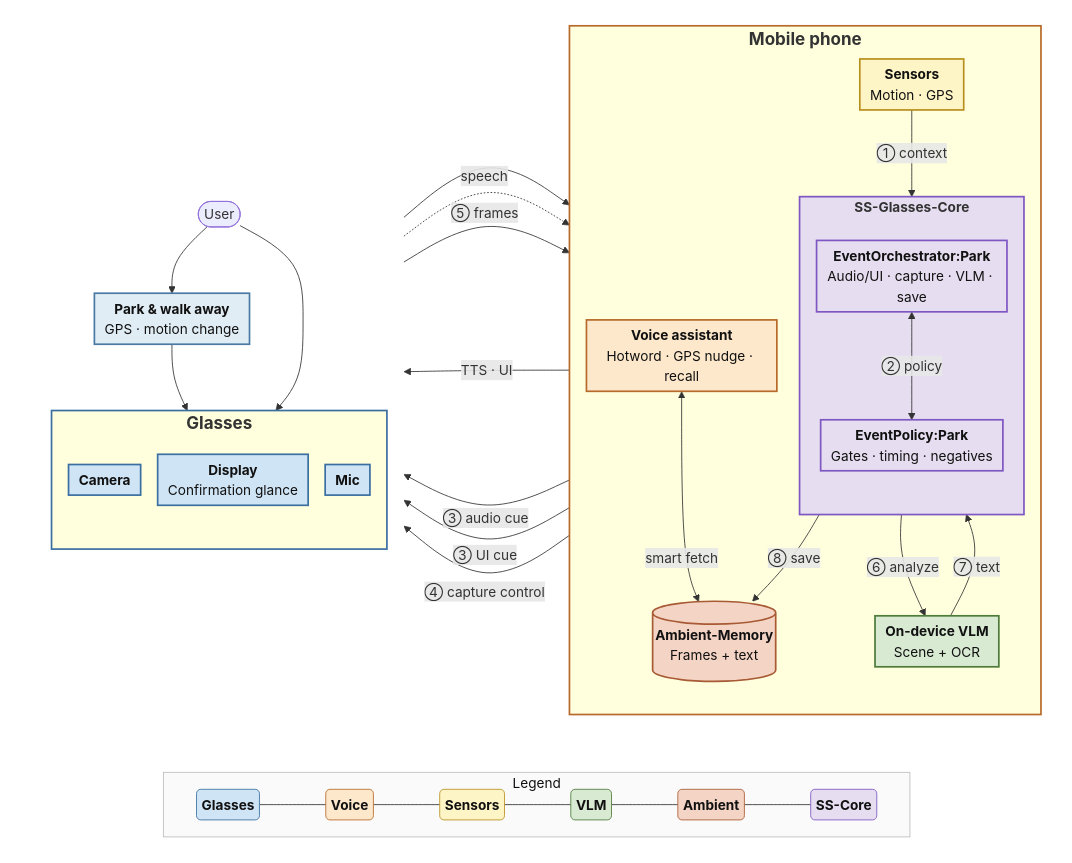
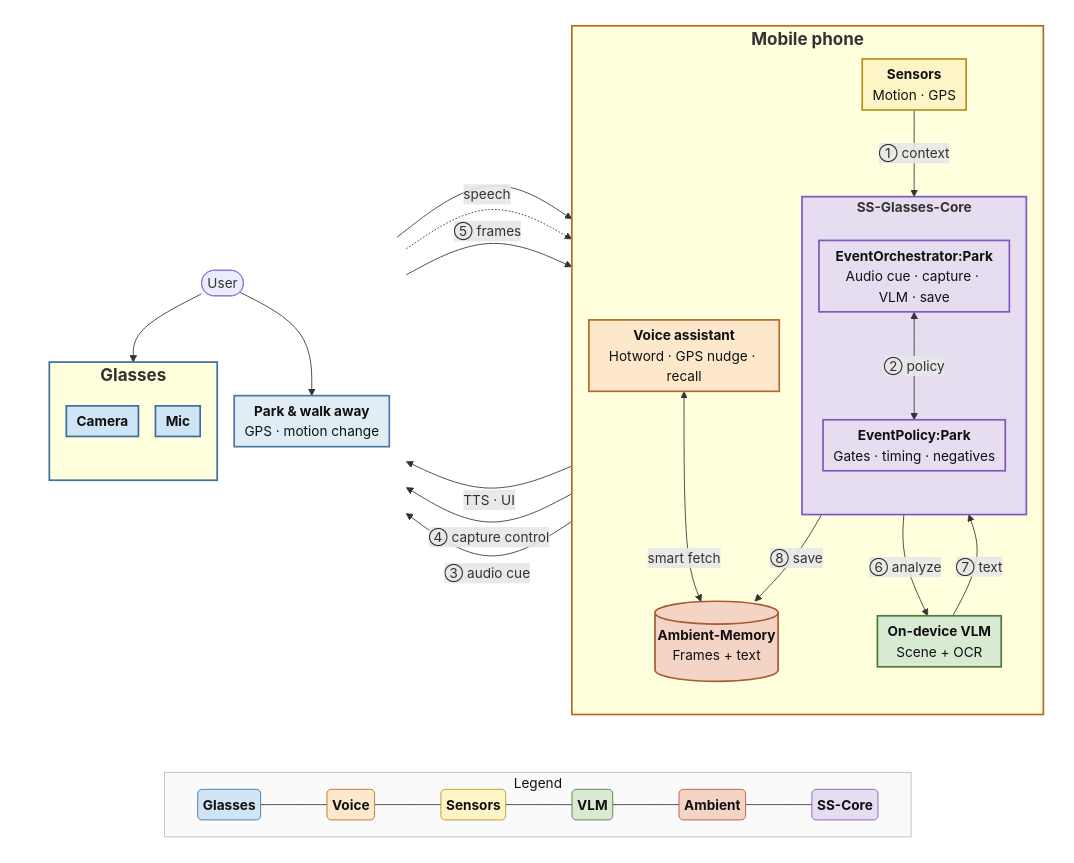
The diagram in tmp/idea2.md (penkesiva/wer-26), drawn with Mermaid before and after one commit. The commit also changed 2 other files, not shown here.

Commit message:
docs(idea2): remove display UI cue; route audio cue to Glasses
Drop Display confirmation module and separate UI cue path; orchestrator
sends a single audio cue to the Glasses block.

```diff
--- a/tmp/idea2.md
+++ b/tmp/idea2.md
@@ -16,7 +16,7 @@
             subgraph SSGC["<b><span style='font-size:16px'>SS-Glasses-Core</span></b>"]
                 direction TB
                 PolicyCP["<b>EventPolicy:Park</b><br/>Gates · timing · negatives"]
-                OrchCP["<b>EventOrchestrator:Park</b><br/>Audio/UI · capture · VLM · save"]
+                OrchCP["<b>EventOrchestrator:Park</b><br/>Audio cue · capture · VLM · save"]
             end
             VLM["<b>On-device VLM</b><br/>Scene + OCR"]
             AMEM[("<b>Ambient-Memory</b><br/>Frames + text")]
@@ -29,7 +29,6 @@
             subgraph Glasses["<b><span style='font-size:20px'>Glasses</span></b>"]
                 direction TB
                 Cam["<b>Camera</b>"]
-                Display["<b>Display</b><br/>Confirmation glance"]
                 Mic["<b>Mic</b>"]
             end
         end
@@ -53,11 +52,9 @@
 
     User --> ParkAction
     ParkAction --> Sens
-    ParkAction --> Display
     Sens -->|"① context"| OrchCP
     OrchCP <-->|"② policy"| PolicyCP
-    OrchCP -->|"③ audio cue"| Mic
-    OrchCP -->|"③ UI cue"| Display
+    OrchCP -->|"③ audio cue"| Glasses
     OrchCP -->|"④ capture control"| Cam
     Cam -->|"⑤ frames"| OrchCP
     OrchCP -->|"⑥ analyze"| VLM
@@ -92,7 +89,7 @@
     style BottomDeck fill:none,stroke:none
     style LegendRow fill:#fafafa,stroke:#bdbdbd,color:#111,stroke-width:1px
 
-    class Cam,Mic,Display glasses
+    class Cam,Mic glasses
     class ParkAction userGesture
     class VA mobile
     class Sens sensors
```
